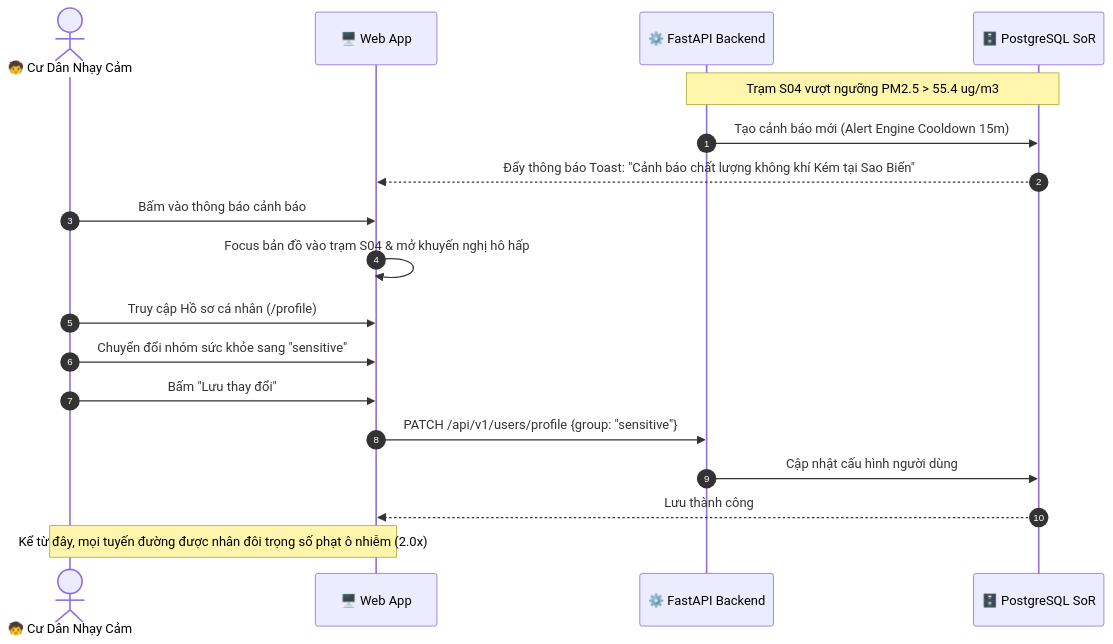
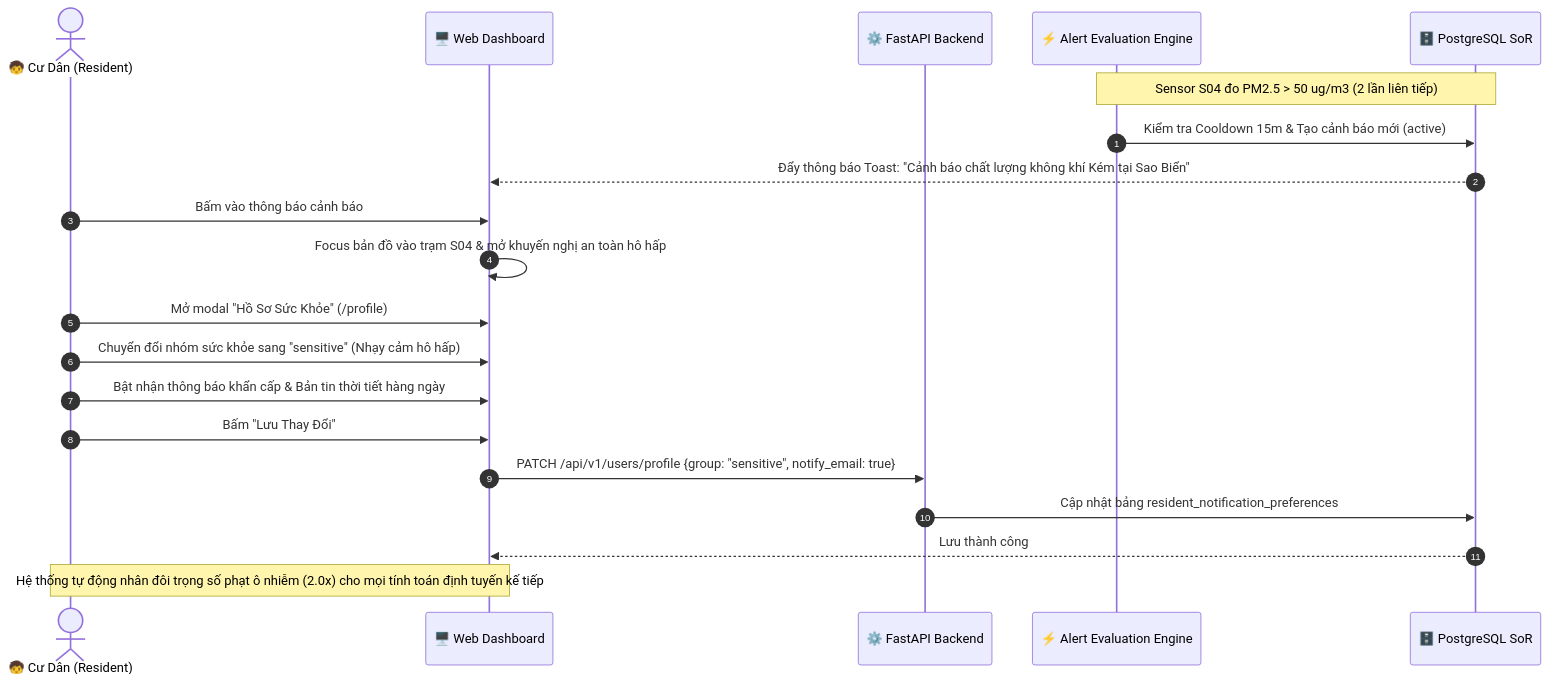
One commit to zangzang1303/airguard-core changed the fourth of 7 diagrams in docs/SRS.md. Above: the diagram before and after it, drawn with Mermaid. The commit also changed other lines of this file and 2 other files, not shown here.

Commit message:
docs(srs): align Section 6 (UI/UX design, 6 user flows, 7 mockups) and Section 9 (RTM) with 2-role Use Case Diagram

````diff
--- a/docs/SRS.md
+++ b/docs/SRS.md
@@ -717,21 +740,23 @@
 ```mermaid
 sequenceDiagram
     autonumber
-    actor Sensitive as 🧒 Cư Dân Nhạy Cảm
-    participant UI as 🖥️ Web App
+    actor Resident as 🧒 Cư Dân (Resident)
+    participant UI as 🖥️ Web Dashboard
     participant API as ⚙️ FastAPI Backend
+    participant AlertEngine as ⚡ Alert Evaluation Engine
     participant DB as 🗄️ PostgreSQL SoR
 
-    Note over API,DB: Trạm S04 vượt ngưỡng PM2.5 > 55.4 ug/m3
-    API->>DB: Tạo cảnh báo mới (Alert Engine Cooldown 15m)
+    Note over AlertEngine,DB: Sensor S04 đo PM2.5 > 50 ug/m3 (2 lần liên tiếp)
+    AlertEngine->>DB: Kiểm tra Cooldown 15m & Tạo cảnh báo mới (active)
     DB-->>UI: Đẩy thông báo Toast: "Cảnh báo chất lượng không khí Kém tại Sao Biển"
-    Sensitive->>UI: Bấm vào thông báo cảnh báo
-    UI->>UI: Focus bản đồ vào trạm S04 & mở khuyến nghị hô hấp
-    Sensitive->>UI: Truy cập Hồ sơ cá nhân (/profile)
-    Sensitive->>UI: Chuyển đổi nhóm sức khỏe sang "sensitive"
-    Sensitive->>UI: Bấm "Lưu thay đổi"
-    UI->>API: PATCH /api/v1/users/profile {group: "sensitive"}
-    API->>DB: Cập nhật cấu hình người dùng
+    Resident->>UI: Bấm vào thông báo cảnh báo
+    UI->>UI: Focus bản đồ vào trạm S04 & mở khuyến nghị an toàn hô hấp
+    Resident->>UI: Mở modal "Hồ Sơ Sức Khỏe" (/profile)
+    Resident->>UI: Chuyển đổi nhóm sức khỏe sang "sensitive" (Nhạy cảm hô hấp)
+    Resident->>UI: Bật nhận thông báo khẩn cấp & Bản tin thời tiết hàng ngày
+    Resident->>UI: Bấm "Lưu Thay Đổi"
+    UI->>API: PATCH /api/v1/users/profile {group: "sensitive", notify_email: true}
+    API->>DB: Cập nhật bảng resident_notification_preferences
     DB-->>UI: Lưu thành công
-    Note over Sensitive,UI: Kể từ đây, mọi tuyến đường được nhân đôi trọng số phạt ô nhiễm (2.0x)
+    Note over Resident,UI: Hệ thống tự động nhân đôi trọng số phạt ô nhiễm (2.0x) cho mọi tính toán định tuyến kế tiếp
 ```
````
